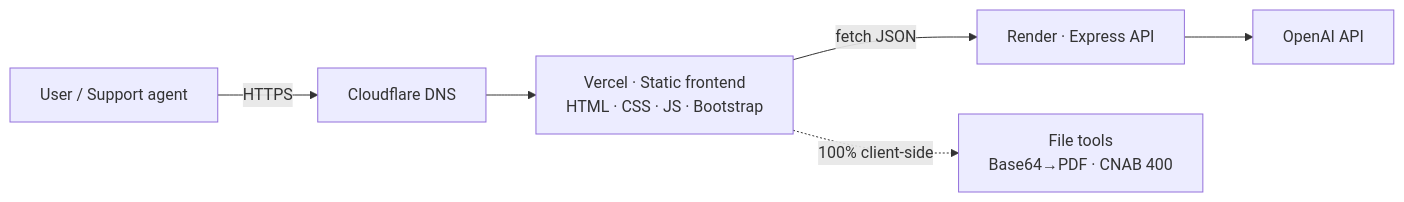
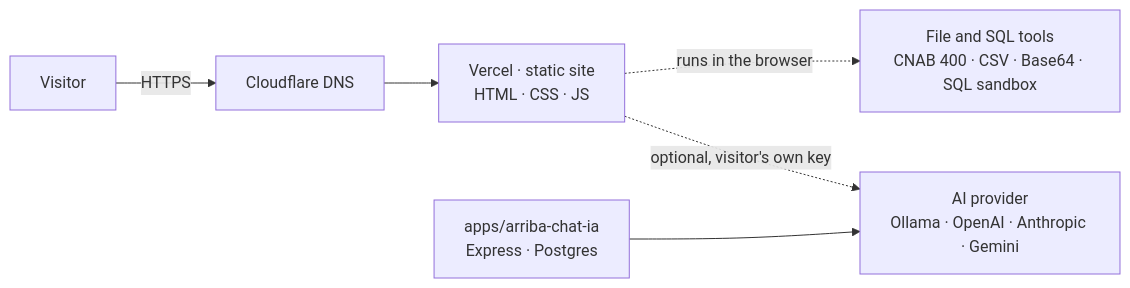
Before and after one commit to jonathanmesquita/arriba_platform: the diagram in README.md, drawn with Mermaid. The commit also changed other lines of this file and 32 other files, not shown here.

````diff
--- a/README.md
+++ b/README.md
@@ -74,8 +75,8 @@
 ```mermaid
 flowchart LR
-    U[User / Support agent] -->|HTTPS| CF[Cloudflare DNS]
-    CF --> FE[Vercel · Static frontend<br/>HTML · CSS · JS · Bootstrap]
-    FE -->|fetch JSON| API[Render · Express API]
-    API --> AI[OpenAI API]
-    FE -. 100% client-side .-> TOOLS[File tools<br/>Base64→PDF · CNAB 400]
+    U[Visitor] -->|HTTPS| CF[Cloudflare DNS]
+    CF --> FE[Vercel · static site<br/>HTML · CSS · JS]
+    FE -. runs in the browser .-> TOOLS[File and SQL tools<br/>CNAB 400 · CSV · Base64 · SQL sandbox]
+    FE -. optional, visitor's own key .-> LLM[AI provider<br/>Ollama · OpenAI · Anthropic · Gemini]
+    APP[apps/arriba-chat-ia<br/>Express · Postgres] --> LLM
 ```
````
